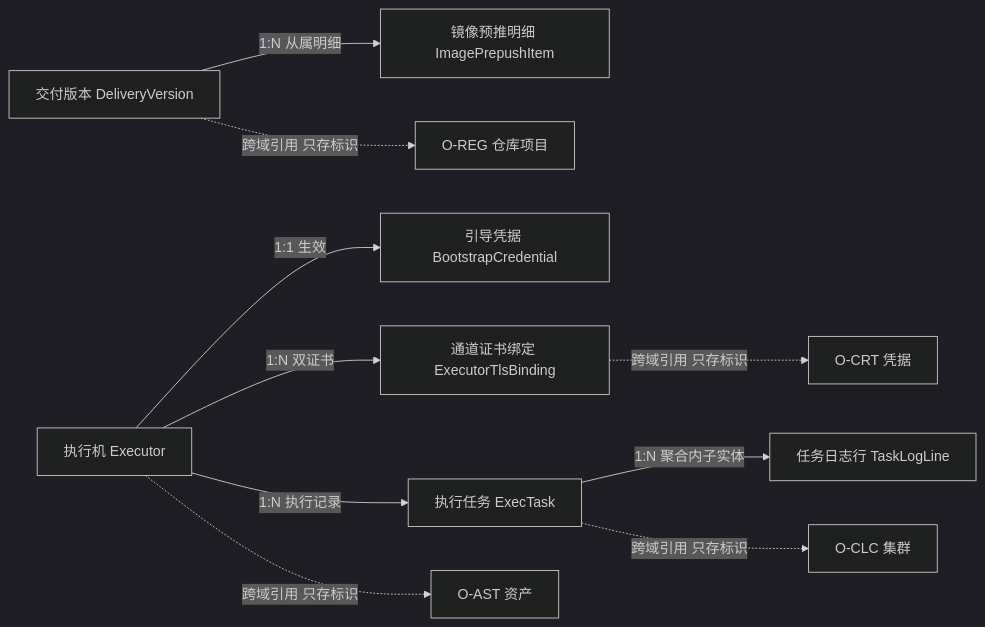
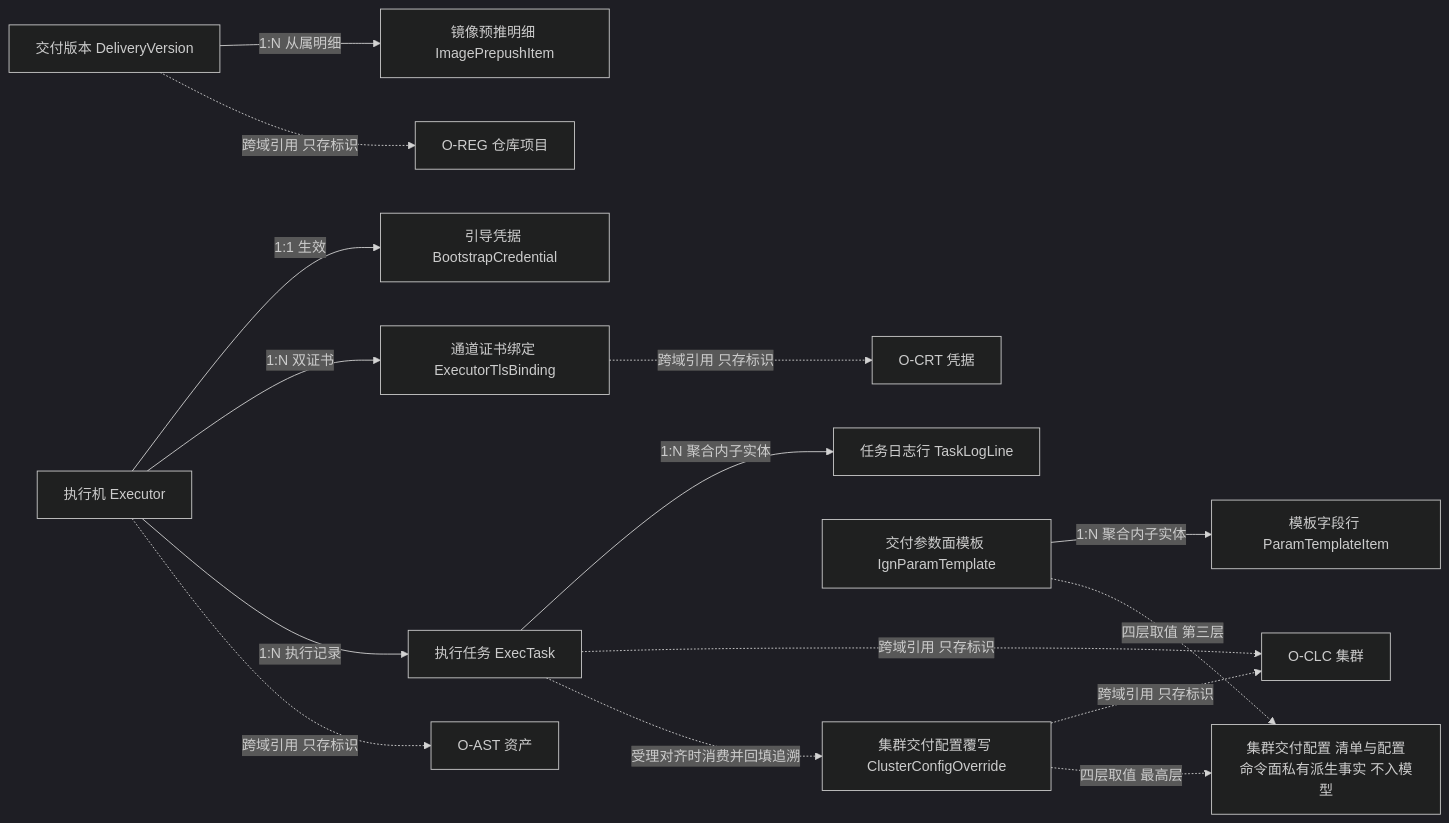
One commit to Project-Opic/opic-ign changed the first of 10 diagrams in design/spec/需求规格说明书-OPIC-交付执行域.md. Above: the diagram before and after it, drawn with Mermaid (dark theme). The commit also changed other lines of this file and 51 other files, not shown here.

Commit message:
docs(ign): P3 真实例验收报告与 Web 测试报告(evidence/截图证据) + spec 编制说明与规格书同步

````diff
--- a/design/spec/需求规格说明书-OPIC-交付执行域.md
+++ b/design/spec/需求规格说明书-OPIC-交付执行域.md
@@ -443,12 +521,17 @@
 ```mermaid
 flowchart LR
     V["交付版本 DeliveryVersion"] -->|1:N 从属明细| P["镜像预推明细 ImagePrepushItem"]
     E["执行机 Executor"] -->|1:1 生效| C["引导凭据 BootstrapCredential"]
     E -->|1:N 双证书| B["通道证书绑定 ExecutorTlsBinding"]
     E -->|1:N 执行记录| T["执行任务 ExecTask"]
     T -->|1:N 聚合内子实体| L["任务日志行 TaskLogLine"]
     V -.->|跨域引用 只存标识| R1["O-REG 仓库项目"]
     E -.->|跨域引用 只存标识| A1["O-AST 资产"]
     T -.->|跨域引用 只存标识| C1["O-CLC 集群"]
     B -.->|跨域引用 只存标识| K1["O-CRT 凭据"]
+    TP["交付参数面模板 IgnParamTemplate"] -->|1:N 聚合内子实体| TI["模板字段行 ParamTemplateItem"]
+    CO["集群交付配置覆写 ClusterConfigOverride"] -.->|跨域引用 只存标识| C1
+    TP -.->|四层取值 第三层| CFG["集群交付配置 清单与配置<br/>命令面私有派生事实 不入模型"]
+    CO -.->|四层取值 最高层| CFG
+    T -.->|受理对齐时消费并回填追溯| CO
 ```
````
